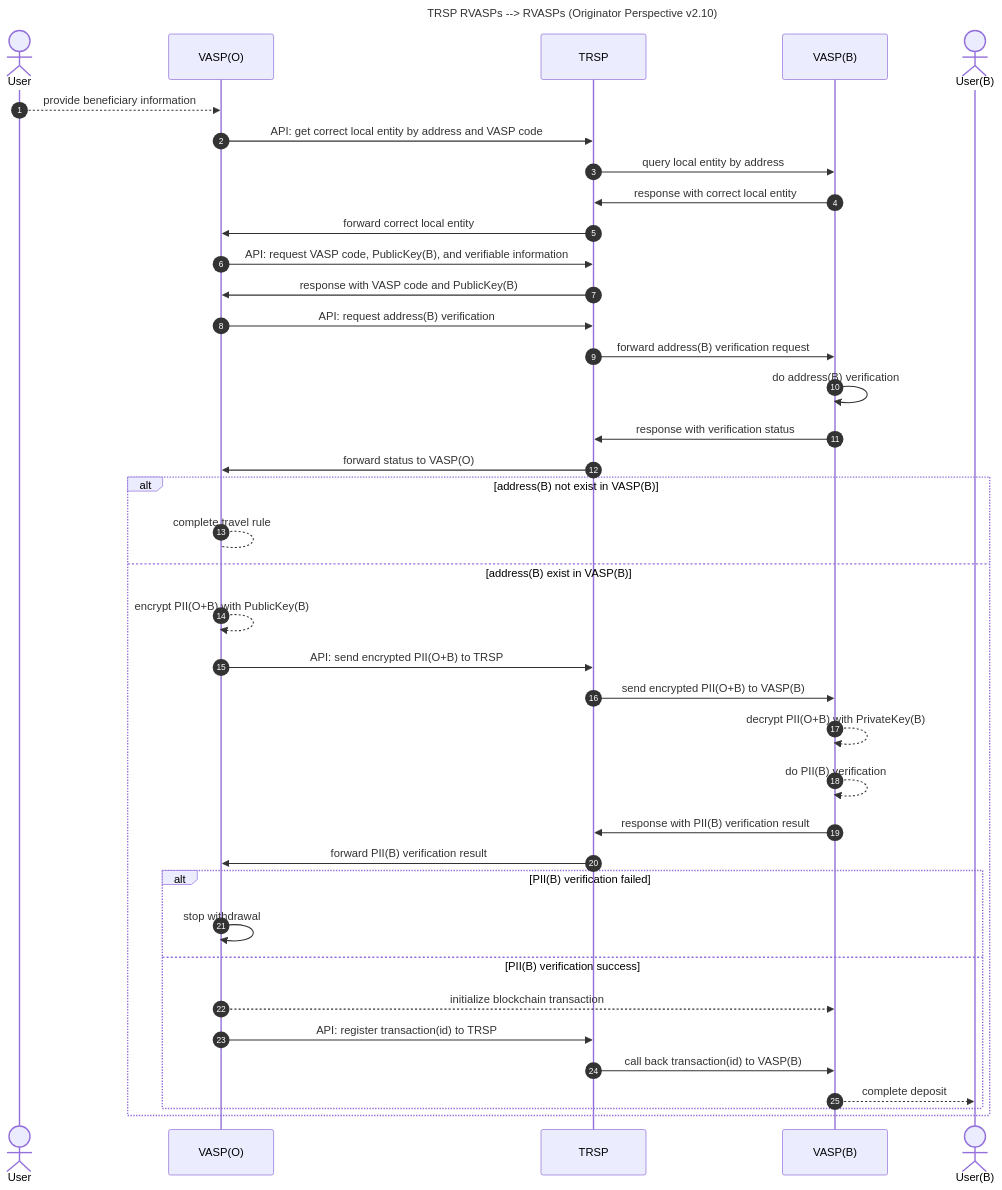
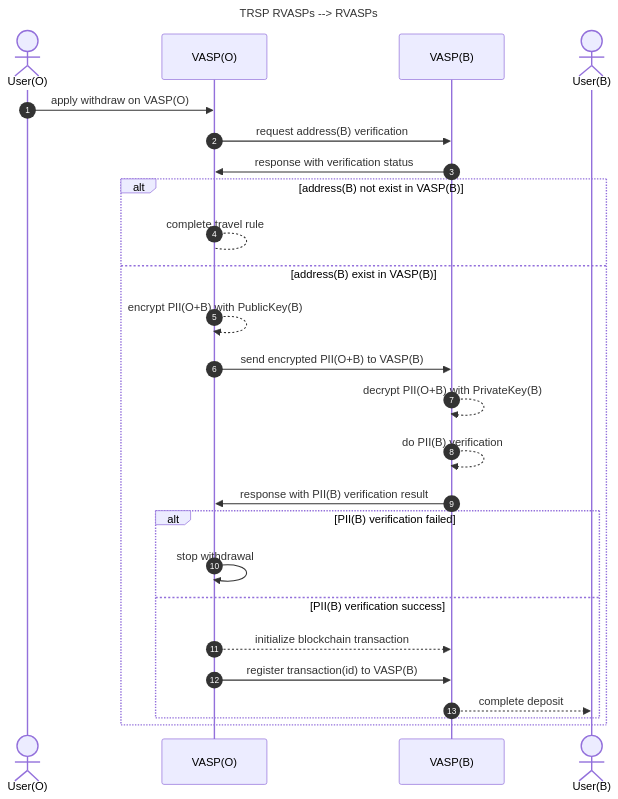
Before and after one commit to Global-Travel-Rule/travel-rule-protocols: the first of 2 diagrams in TRVIP-0001: Travel Rule Verification and Interaction Protocol (TRVIP).md, drawn with Mermaid. The commit also changed other lines of this file and 6 other files, not shown here.

````diff
--- a/TRVIP-0001: Travel Rule Verification and Interaction Protocol (TRVIP).md
+++ b/TRVIP-0001: Travel Rule Verification and Interaction Protocol (TRVIP).md
@@ -21,46 +28,30 @@
 ```mermaid
 sequenceDiagram
-   autonumber
-   title TRSP RVASPs --> RVASPs (Originator Perspective v2.10)
-   actor User
-   participant VASP(O)
-   participant TRSP
-   participant VASP(B)
-   actor User(B)
-   
-   User -->> VASP(O): provide beneficiary information
-   VASP(O) ->> TRSP: API: get correct local entity by address and VASP code
-   TRSP ->> VASP(B): query local entity by address
-   VASP(B) ->> TRSP: response with correct local entity
-   TRSP ->> VASP(O): forward correct local entity
+    autonumber
+    title TRSP RVASPs --> RVASPs
+    actor User(O)
+    participant VASP(O)
+%%   participant TRSP
+    participant VASP(B)
+    actor User(B)
+    User(O) ->> VASP(O): apply withdraw on VASP(O)
+    VASP(O) ->> VASP(B): request address(B) verification
+    VASP(B) ->> VASP(O): response with verification status
 
-   VASP(O) ->> TRSP: API: request VASP code, PublicKey(B), and verifiable information
-   TRSP ->> VASP(O): response with VASP code and PublicKey(B)
-   VASP(O) ->> TRSP: API: request address(B) verification
-
-   TRSP ->> VASP(B): forward address(B) verification request
-   VASP(B) ->> VASP(B): do address(B) verification
-   VASP(B) ->> TRSP: response with verification status
-   TRSP ->> VASP(O): forward status to VASP(O)
-
-   alt address(B) not exist in VASP(B)
-      VASP(O) --> VASP(O): complete travel rule
-   else address(B) exist in VASP(B)
-      VASP(O) -->> VASP(O): encrypt PII(O+B) with PublicKey(B)
-      VASP(O) ->> TRSP: API: send encrypted PII(O+B) to TRSP
-      TRSP ->> VASP(B): send encrypted PII(O+B) to VASP(B)
-      VASP(B) -->> VASP(B): decrypt PII(O+B) with PrivateKey(B)
-      VASP(B) -->> VASP(B): do PII(B) verification
-
-      VASP(B) ->> TRSP: response with PII(B) verification result
-      TRSP ->> VASP(O): forward PII(B) verification result
-      alt PII(B) verification failed
-         VASP(O) ->> VASP(O): stop withdrawal
-      else PII(B) verification success
-         VASP(O) -->> VASP(B): initialize blockchain transaction
-         VASP(O) ->> TRSP: API: register transaction(id) to TRSP
-         TRSP ->> VASP(B): call back transaction(id) to VASP(B)
-         VASP(B) -->> User(B): complete deposit
-      end
-   end
+    alt address(B) not exist in VASP(B)
+        VASP(O) --> VASP(O): complete travel rule
+    else address(B) exist in VASP(B)
+        VASP(O) -->> VASP(O): encrypt PII(O+B) with PublicKey(B)
+        VASP(O) ->> VASP(B): send encrypted PII(O+B) to VASP(B)
+        VASP(B) -->> VASP(B): decrypt PII(O+B) with PrivateKey(B)
+        VASP(B) -->> VASP(B): do PII(B) verification
+        VASP(B) ->> VASP(O): response with PII(B) verification result
+        alt PII(B) verification failed
+            VASP(O) ->> VASP(O): stop withdrawal
+        else PII(B) verification success
+            VASP(O) -->> VASP(B): initialize blockchain transaction
+            VASP(O) ->> VASP(B): register transaction(id) to VASP(B)
+            VASP(B) -->> User(B): complete deposit
+        end
+    end
 ```
````
